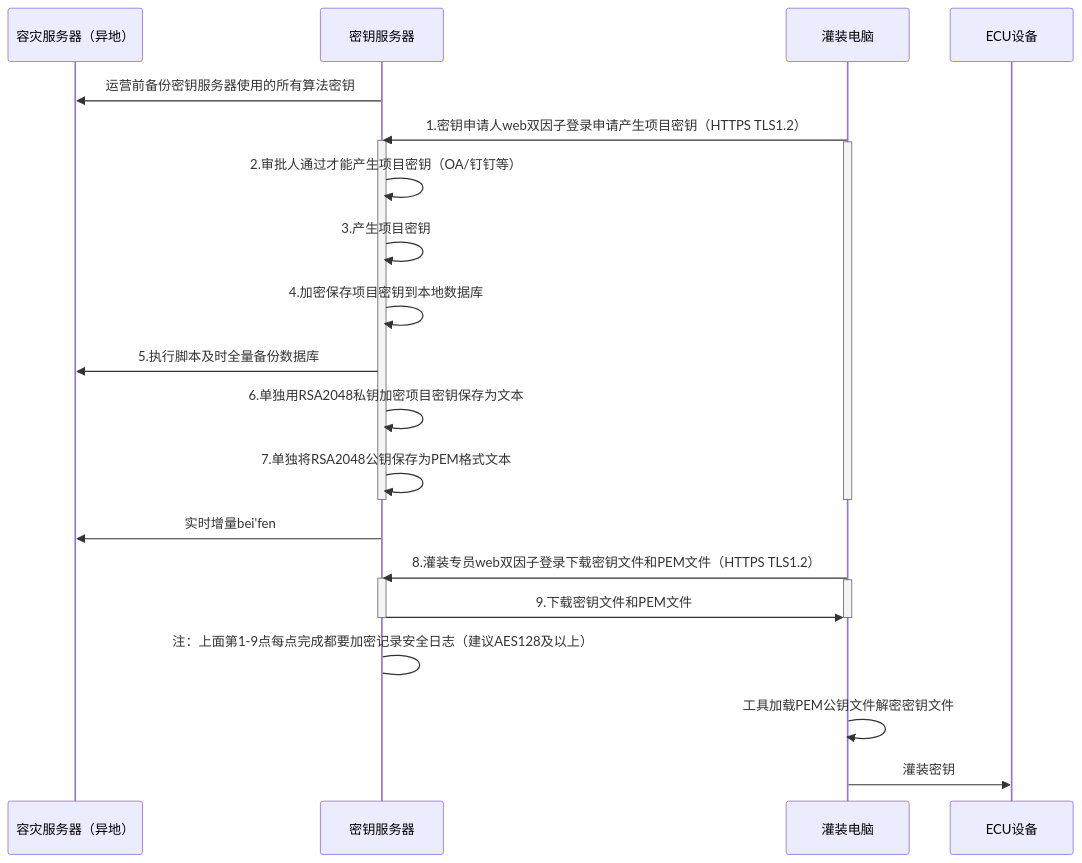
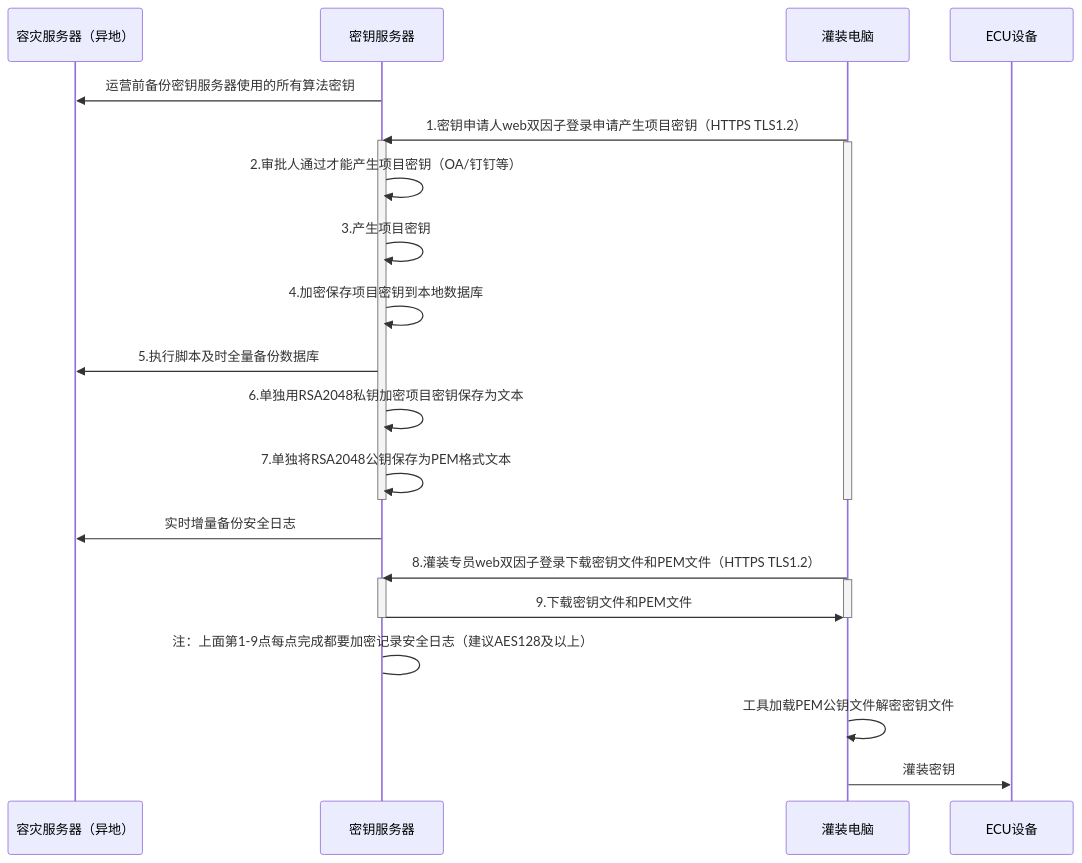
One commit to facebook-cloud/iodraw-files changed the diagram in all/未命名-15.md. Above: the diagram before and after it, drawn with Mermaid.

Commit message:
2026-02-12 16:53:47 update

````diff
--- a/all/未命名-15.md
+++ b/all/未命名-15.md
@@ -1,34 +1,34 @@
 ```mermaid
 sequenceDiagram
     participant A as 容灾服务器（异地）
     participant B as 密钥服务器
     participant D as 灌装电脑
     participant E as ECU设备
 
     B->>A: 运营前备份密钥服务器使用的所有算法密钥
     D->>B: 1.密钥申请人web双因子登录申请产生项目密钥（HTTPS TLS1.2）
     activate B
     activate D
     B->>B: 2.审批人通过才能产生项目密钥（OA/钉钉等）
     B->>B: 3.产生项目密钥
     B->>B: 4.加密保存项目密钥到本地数据库
     B->>A: 5.执行脚本及时全量备份数据库
     B->>B: 6.单独用RSA2048私钥加密项目密钥保存为文本
     B->>B: 7.单独将RSA2048公钥保存为PEM格式文本
     deactivate B
     deactivate D
 
-    B->>A: 实时增量bei'fen
+    B->>A: 实时增量备份安全日志
     
     D->>B: 8.灌装专员web双因子登录下载密钥文件和PEM文件（HTTPS TLS1.2）
     activate B
     activate D
     B->>D: 9.下载密钥文件和PEM文件
     deactivate B
     deactivate D
     B->B: 注：上面第1-9点每点完成都要加密记录安全日志（建议AES128及以上）
 
     D->>D:工具加载PEM公钥文件解密密钥文件
     
     D->>E: 灌装密钥
 ```
````
